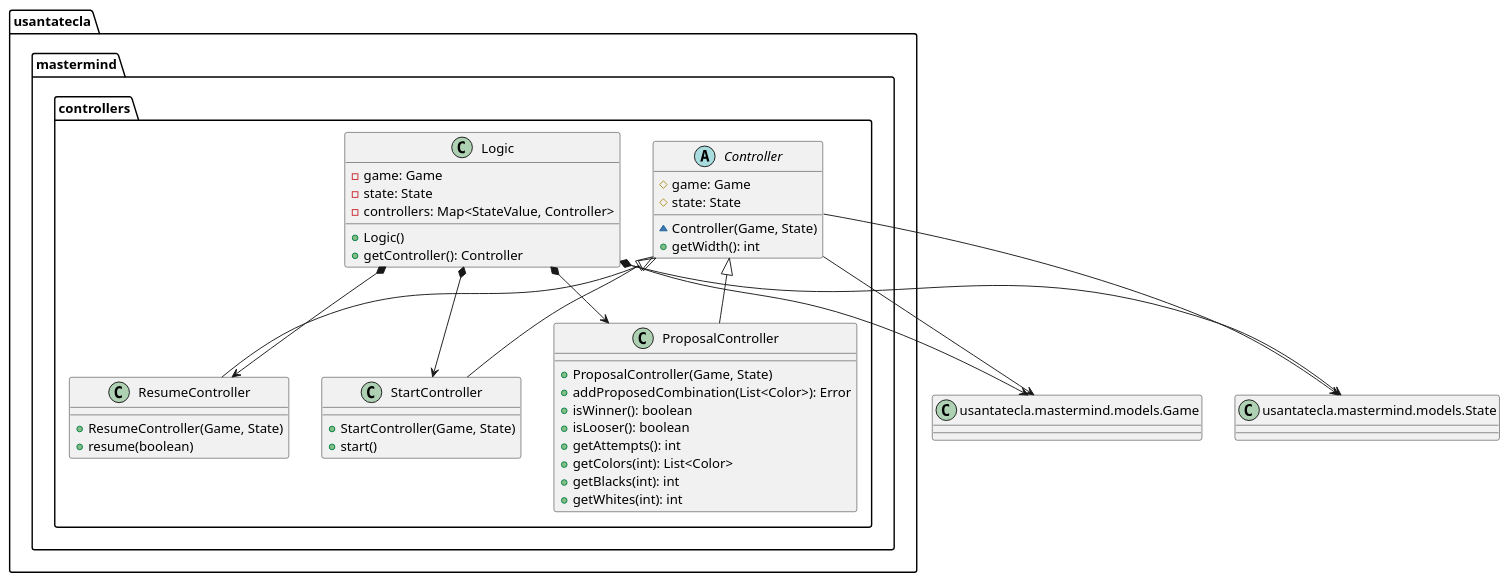
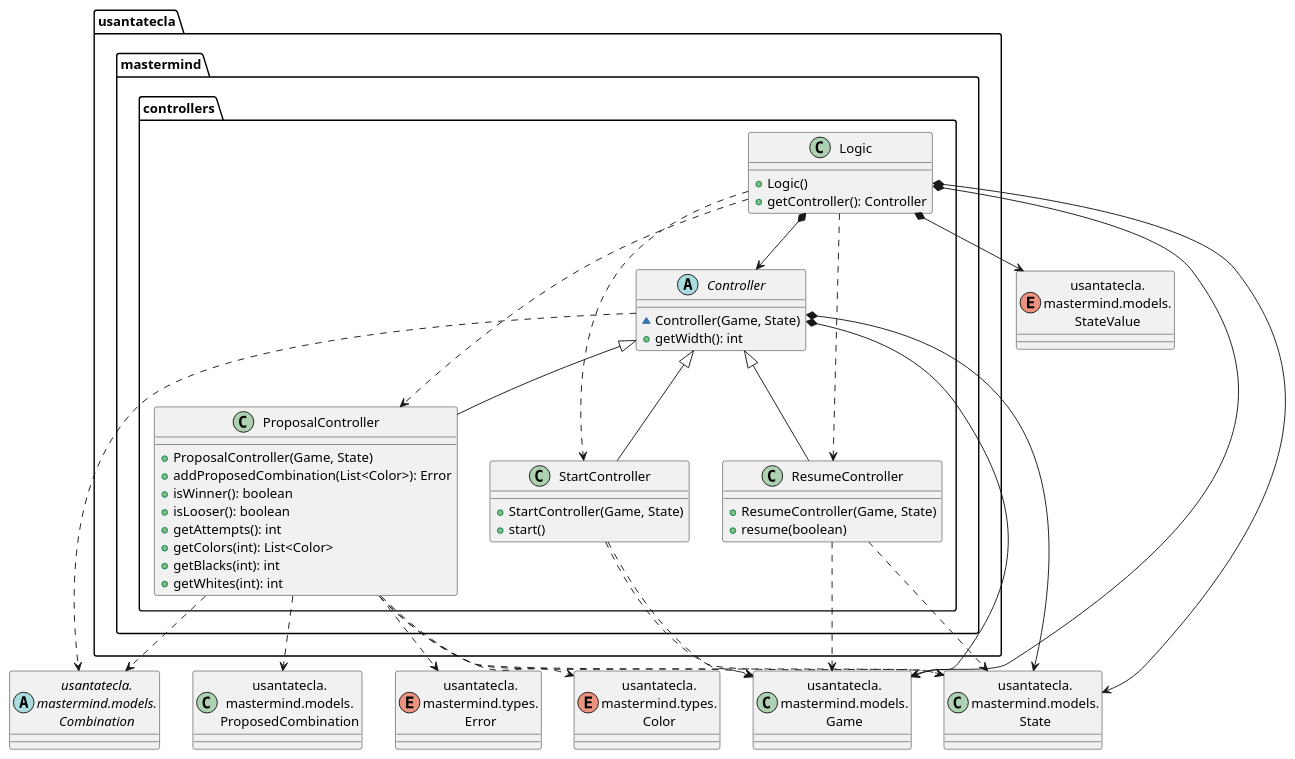
One commit to SantaTecla-mastermind/solution.java.swing.socket.sql changed the fourth of 7 diagrams in modelViewPresenter/presentationModel/withoutDoubleDispatching/docs/diagrams/src/paquetes.plantuml. Above: the diagram before and after it, drawn with PlantUML. The commit also changed other lines of this file and 24 other files, not shown here.

Commit message:
[mvp.pm.withoutDoubleDispatching] Fixed code + fixed all diagrams

```diff
--- a/modelViewPresenter/presentationModel/withoutDoubleDispatching/docs/diagrams/src/paquetes.plantuml
+++ b/modelViewPresenter/presentationModel/withoutDoubleDispatching/docs/diagrams/src/paquetes.plantuml
@@ -228,57 +202,64 @@
 @startuml usantatecla.mastermind.controllers
-class Game as "usantatecla.mastermind.models.Game" {
-
-
-}
-
-class State as "usantatecla.mastermind.models.State" {
-
-
-}
+abstract class Combination as "usantatecla.\nmastermind.models.\nCombination"
+class Game as "usantatecla.\nmastermind.models.\nGame"
+class State as "usantatecla.\nmastermind.models.\nState"
+class ProposedCombination as "usantatecla.\nmastermind.models.\nProposedCombination"
+enum StateValue as "usantatecla.\nmastermind.models.\nStateValue"
+enum Error as "usantatecla.\nmastermind.types.\nError"
+enum Color as "usantatecla.\nmastermind.types.\nColor"
 
 abstract class  usantatecla.mastermind.controllers.Controller{
-# game: Game
-# state: State
-~ Controller(Game, State)
-+ getWidth(): int
+    ~ Controller(Game, State)
+    + getWidth(): int
 }
-usantatecla.mastermind.controllers.Controller -down-> Game
-usantatecla.mastermind.controllers.Controller -down-> State
+usantatecla.mastermind.controllers.Controller *-down-> Game
+usantatecla.mastermind.controllers.Controller *-down-> State
+usantatecla.mastermind.controllers.Controller .down.> Combination
 
 class  usantatecla.mastermind.controllers.Logic{
-- game: Game
-- state: State
-- controllers: Map<StateValue, Controller>
-+ Logic()
-+ getController(): Controller
+    + Logic()
+    + getController(): Controller
 }
-usantatecla.mastermind.controllers.Logic *-down-> usantatecla.mastermind.controllers.ResumeController
-usantatecla.mastermind.controllers.Logic *-down-> usantatecla.mastermind.controllers.StartController
-usantatecla.mastermind.controllers.Logic *-down-> usantatecla.mastermind.controllers.ProposalController
+usantatecla.mastermind.controllers.Logic *-down-> usantatecla.mastermind.controllers.Controller
 usantatecla.mastermind.controllers.Logic *-down-> Game
 usantatecla.mastermind.controllers.Logic *-down-> State
+usantatecla.mastermind.controllers.Logic *-down-> StateValue
+usantatecla.mastermind.controllers.Logic .down.> usantatecla.mastermind.controllers.ResumeController
+usantatecla.mastermind.controllers.Logic .down.> usantatecla.mastermind.controllers.StartController
+usantatecla.mastermind.controllers.Logic .down.> usantatecla.mastermind.controllers.ProposalController
 
 class  usantatecla.mastermind.controllers.ProposalController{
-+ ProposalController(Game, State)
-+ addProposedCombination(List<Color>): Error
-+ isWinner(): boolean
-+ isLooser(): boolean
-+ getAttempts(): int
-+ getColors(int): List<Color>
-+ getBlacks(int): int
-+ getWhites(int): int
+    + ProposalController(Game, State)
+    + addProposedCombination(List<Color>): Error
+    + isWinner(): boolean
+    + isLooser(): boolean
+    + getAttempts(): int
+    + getColors(int): List<Color>
+    + getBlacks(int): int
+    + getWhites(int): int
 }
 usantatecla.mastermind.controllers.Controller <|-down- usantatecla.mastermind.controllers.ProposalController
+usantatecla.mastermind.controllers.ProposalController .down.> Combination
+usantatecla.mastermind.controllers.ProposalController .down.> Game
+usantatecla.mastermind.controllers.ProposalController .down.> State
+usantatecla.mastermind.controllers.ProposalController .down.> ProposedCombination
+usantatecla.mastermind.controllers.ProposalController .down.> Error
+usantatecla.mastermind.controllers.ProposalController .down.> Color
 
 class  usantatecla.mastermind.controllers.ResumeController{
-+ ResumeController(Game, State)
-+ resume(boolean)
+    + ResumeController(Game, State)
+    + resume(boolean)
 }
 usantatecla.mastermind.controllers.Controller <|-down- usantatecla.mastermind.controllers.ResumeController
+usantatecla.mastermind.controllers.ResumeController .down.> Game
+usantatecla.mastermind.controllers.ResumeController .down.> State
 
 class  usantatecla.mastermind.controllers.StartController{
-+ StartController(Game, State)
-+ start()
+    + StartController(Game, State)
+    + start()
 }
 usantatecla.mastermind.controllers.Controller <|-down- usantatecla.mastermind.controllers.StartController
+usantatecla.mastermind.controllers.StartController .down.> Game
+usantatecla.mastermind.controllers.StartController .down.> State
+
 @enduml
```
